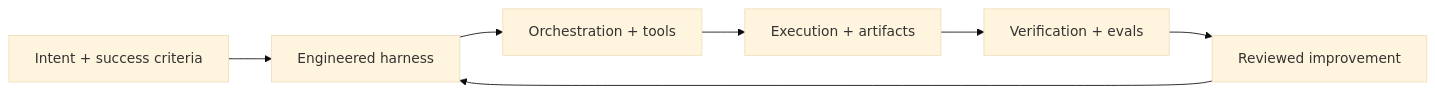
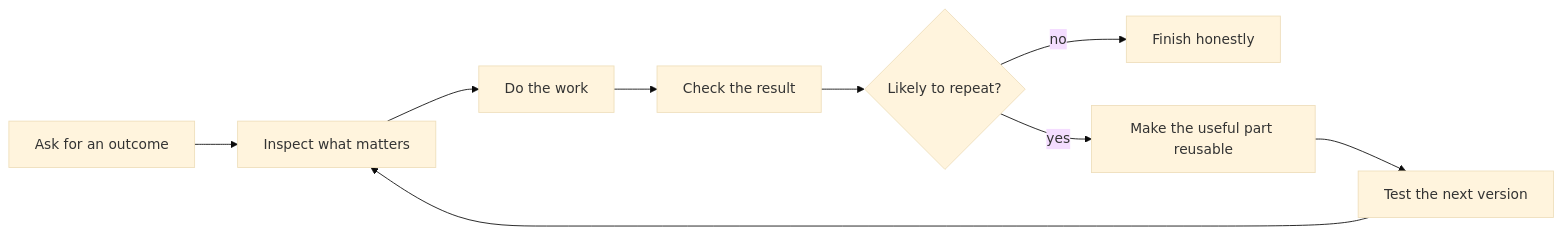
One commit to jremick/codexmaxxing changed the diagram in README.md. Above: the diagram before and after it, drawn with Mermaid (base theme). The commit also changed other lines of this file and 38 other files, not shown here.

````diff
--- a/README.md
+++ b/README.md
@@ -29,9 +25,11 @@
 ```mermaid
 flowchart LR
-  A["Intent + success criteria"] --> B["Engineered harness"]
-  B --> C["Orchestration + tools"]
-  C --> D["Execution + artifacts"]
-  D --> E["Verification + evals"]
-  E --> F["Reviewed improvement"]
-  F --> B
+  A["Ask for an outcome"] --> B["Inspect what matters"]
+  B --> C["Do the work"]
+  C --> D["Check the result"]
+  D --> E{"Likely to repeat?"}
+  E -->|no| F["Finish honestly"]
+  E -->|yes| G["Make the useful part reusable"]
+  G --> H["Test the next version"]
+  H --> B
 ```
````
